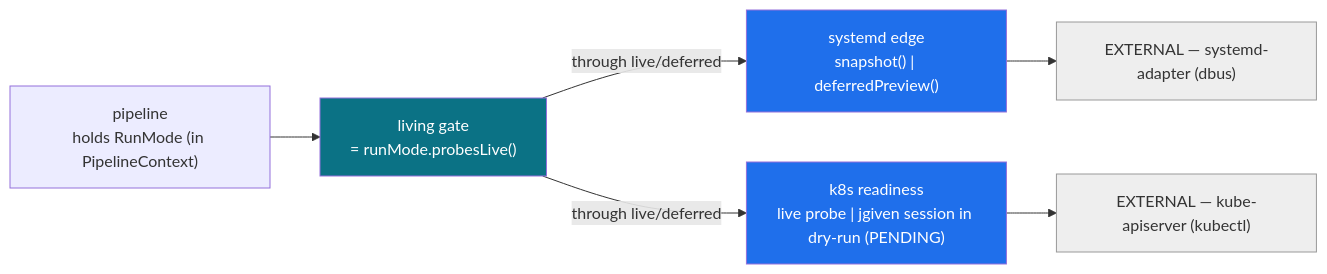
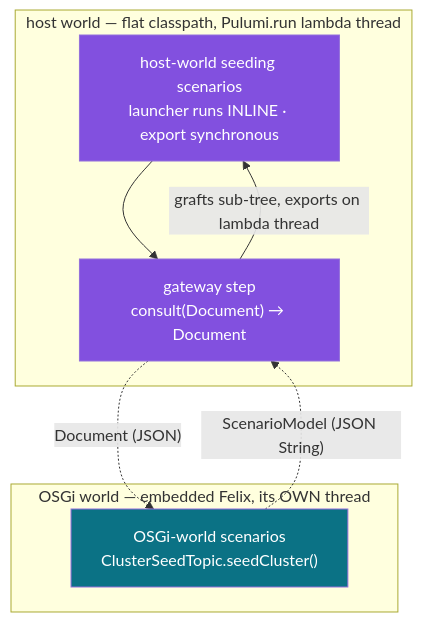
One commit to nxmatic/rke2lab changed the fourth of 4 diagrams in docs/architecture/osgi/pipeline-spec.adoc. Above: the diagram before and after it, drawn with Mermaid. The commit also changed other lines of this file and 2 other files, not shown here.

```diff
--- a/docs/architecture/osgi/pipeline-spec.adoc
+++ b/docs/architecture/osgi/pipeline-spec.adoc
@@ -643,15 +434,19 @@
 [mermaid]
 ....
-flowchart LR
-  P["pipeline<br/>holds RunMode (in PipelineContext)"] --> G["living gate<br/>= runMode.probesLive()"]
-  G -->|through live/deferred| S["systemd edge<br/>snapshot() | deferredPreview()"]
-  G -->|through live/deferred| K["k8s readiness<br/>live probe | jgiven session in dry-run (PENDING)"]
-  S --> world1["EXTERNAL — systemd-adapter (dbus)"]
-  K --> world2["EXTERNAL — kube-apiserver (kubectl)"]
-  classDef hub fill:#0b7285,color:#fff;
-  classDef dom fill:#1f6feb,color:#fff;
-  classDef w fill:#eee,stroke:#999;
-  class G hub
-  class S,K dom
-  class world1,world2 w
+flowchart TB
+  subgraph host["host world — flat classpath, Pulumi.run lambda thread"]
+    hs["host-world seeding scenarios<br/>launcher runs INLINE · export synchronous"]
+    gw["gateway step<br/>consult(Document) → Document"]
+  end
+  subgraph osgi["OSGi world — embedded Felix, its OWN thread"]
+    os["OSGi-world scenarios<br/>ClusterSeedTopic.seedCluster()"]
+  end
+  hs --> gw
+  gw -.->|"Document (JSON)"| os
+  os -.->|"ScenarioModel (JSON String)"| gw
+  gw -->|grafts sub-tree, exports on lambda thread| hs
+  classDef h fill:#8250df,color:#fff;
+  classDef o fill:#0b7285,color:#fff;
+  class hs,gw h
+  class os o
 ....
```
